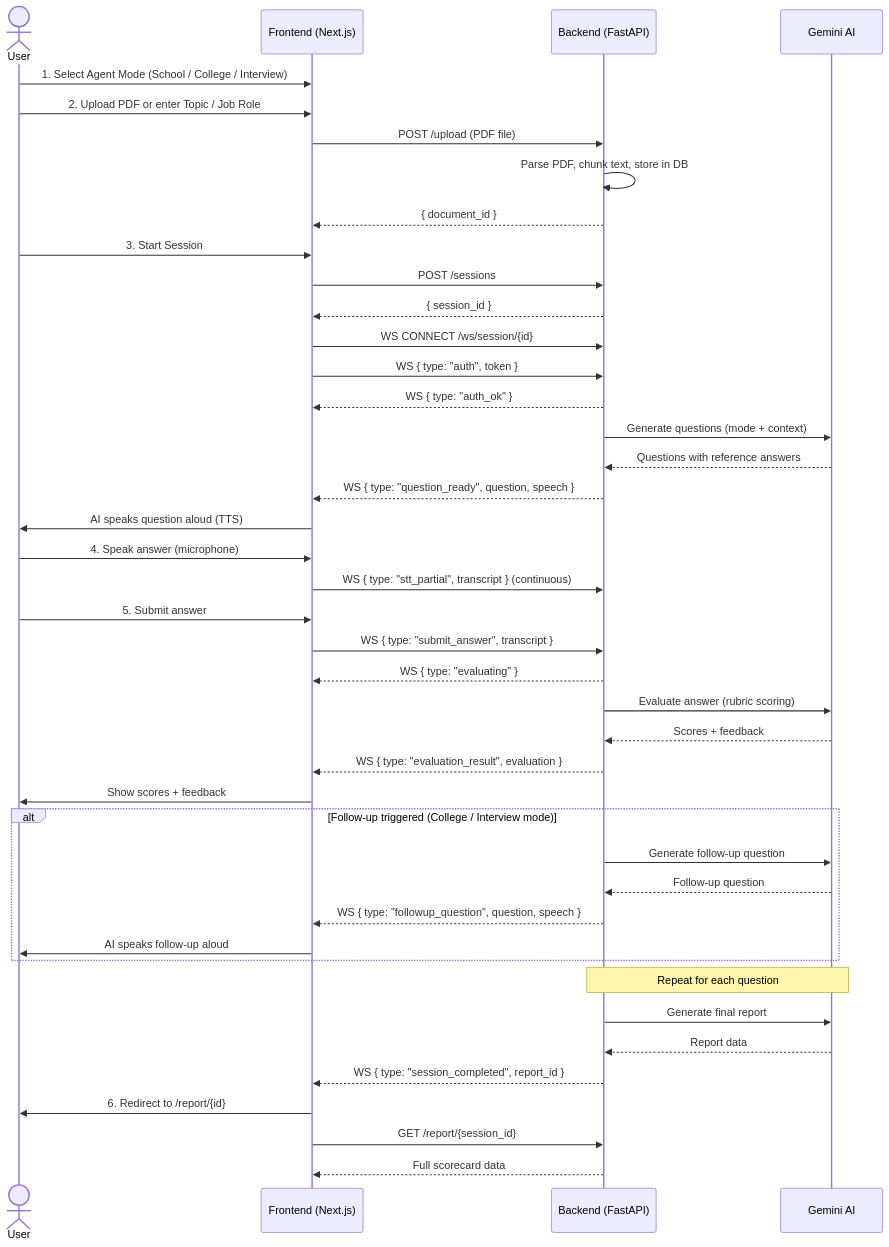
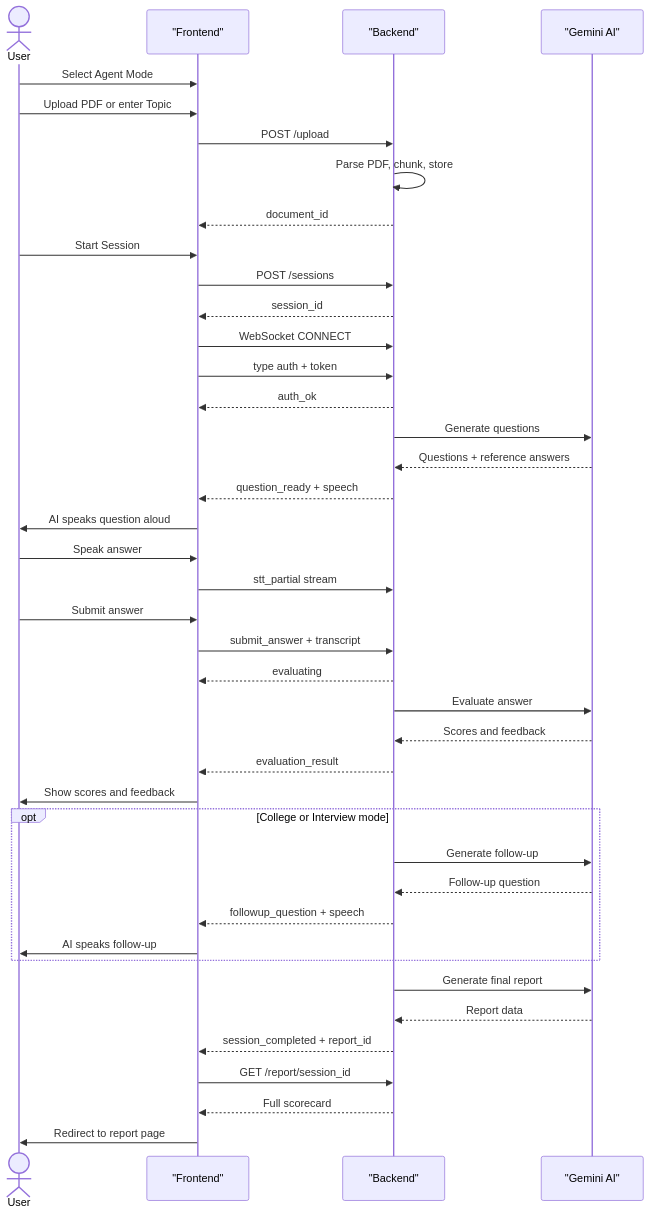
The second of 8 diagrams in README.md (Anu7276/VIVORA), drawn with Mermaid before and after one commit. The commit also changed other lines of this file, not shown here.

Commit message:
fix: escape special chars in Mermaid diagrams - fix curly brace parse errors

````diff
--- a/README.md
+++ b/README.md
@@ -144,53 +140,51 @@
 ```mermaid
 sequenceDiagram
     actor User
-    participant FE as Frontend (Next.js)
-    participant BE as Backend (FastAPI)
-    participant GEM as Gemini AI
+    participant FE as "Frontend"
+    participant BE as "Backend"
+    participant GEM as "Gemini AI"
 
-    User->>FE: 1. Select Agent Mode (School / College / Interview)
-    User->>FE: 2. Upload PDF or enter Topic / Job Role
-    FE->>BE: POST /upload (PDF file)
-    BE->>BE: Parse PDF, chunk text, store in DB
-    BE-->>FE: { document_id }
+    User->>FE: Select Agent Mode
+    User->>FE: Upload PDF or enter Topic
+    FE->>BE: POST /upload
+    BE->>BE: Parse PDF, chunk, store
+    BE-->>FE: document_id
 
-    User->>FE: 3. Start Session
+    User->>FE: Start Session
     FE->>BE: POST /sessions
-    BE-->>FE: { session_id }
+    BE-->>FE: session_id
 
-    FE->>BE: WS CONNECT /ws/session/{id}
-    FE->>BE: WS { type: "auth", token }
-    BE-->>FE: WS { type: "auth_ok" }
+    FE->>BE: WebSocket CONNECT
+    FE->>BE: type auth + token
+    BE-->>FE: auth_ok
 
-    BE->>GEM: Generate questions (mode + context)
-    GEM-->>BE: Questions with reference answers
-    BE-->>FE: WS { type: "question_ready", question, speech }
-    FE->>User: AI speaks question aloud (TTS)
+    BE->>GEM: Generate questions
+    GEM-->>BE: Questions + reference answers
+    BE-->>FE: question_ready + speech
+    FE->>User: AI speaks question aloud
 
-    User->>FE: 4. Speak answer (microphone)
-    FE->>BE: WS { type: "stt_partial", transcript } (continuous)
+    User->>FE: Speak answer
+    FE->>BE: stt_partial stream
+    User->>FE: Submit answer
+    FE->>BE: submit_answer + transcript
 
-    User->>FE: 5. Submit answer
-    FE->>BE: WS { type: "submit_answer", transcript }
-    BE-->>FE: WS { type: "evaluating" }
-    BE->>GEM: Evaluate answer (rubric scoring)
-    GEM-->>BE: Scores + feedback
-    BE-->>FE: WS { type: "evaluation_result", evaluation }
-    FE->>User: Show scores + feedback
+    BE-->>FE: evaluating
+    BE->>GEM: Evaluate answer
+    GEM-->>BE: Scores and feedback
+    BE-->>FE: evaluation_result
+    FE->>User: Show scores and feedback
 
-    alt Follow-up triggered (College / Interview mode)
-        BE->>GEM: Generate follow-up question
+    opt College or Interview mode
+        BE->>GEM: Generate follow-up
         GEM-->>BE: Follow-up question
-        BE-->>FE: WS { type: "followup_question", question, speech }
-        FE->>User: AI speaks follow-up aloud
+        BE-->>FE: followup_question + speech
+        FE->>User: AI speaks follow-up
     end
-
-    Note over BE,GEM: Repeat for each question
 
     BE->>GEM: Generate final report
     GEM-->>BE: Report data
-    BE-->>FE: WS { type: "session_completed", report_id }
-    FE->>User: 6. Redirect to /report/{id}
-    FE->>BE: GET /report/{session_id}
-    BE-->>FE: Full scorecard data
+    BE-->>FE: session_completed + report_id
+    FE->>BE: GET /report/session_id
+    BE-->>FE: Full scorecard
+    FE->>User: Redirect to report page
 ```
````
